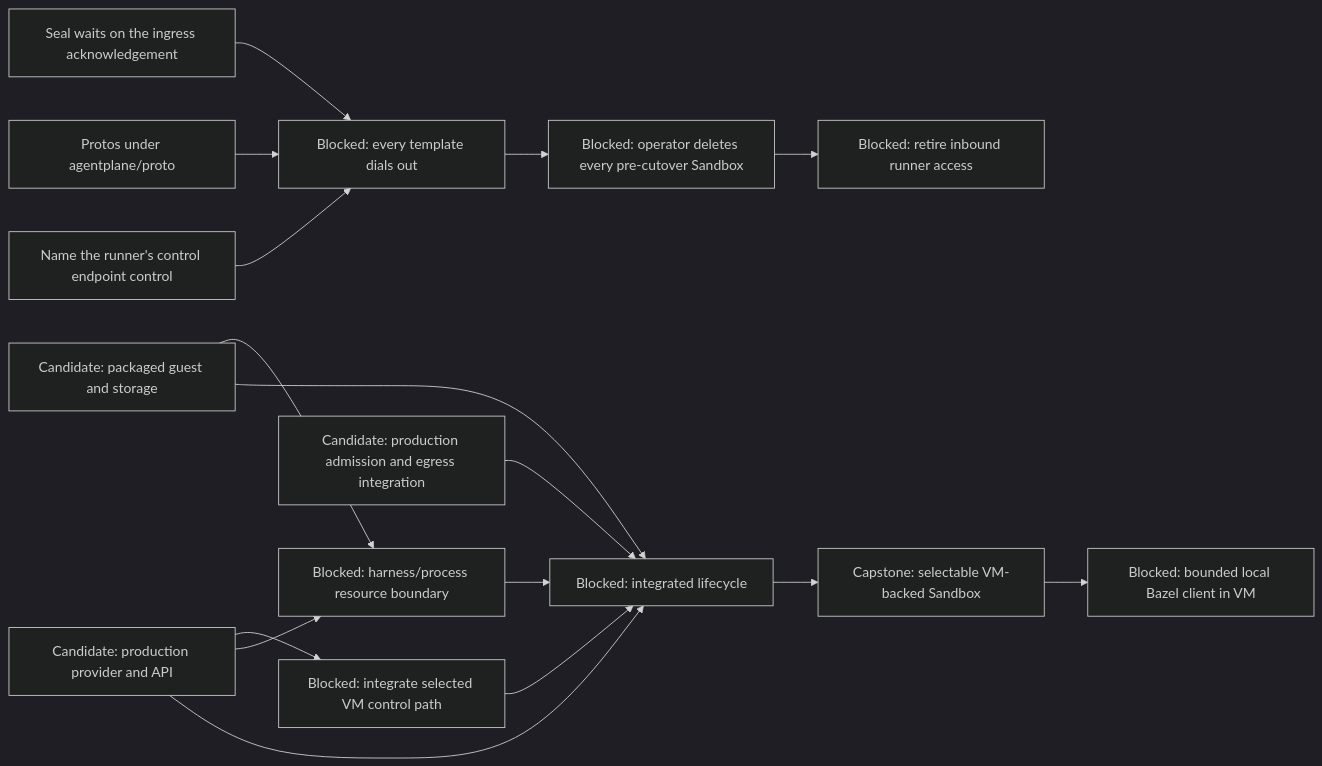
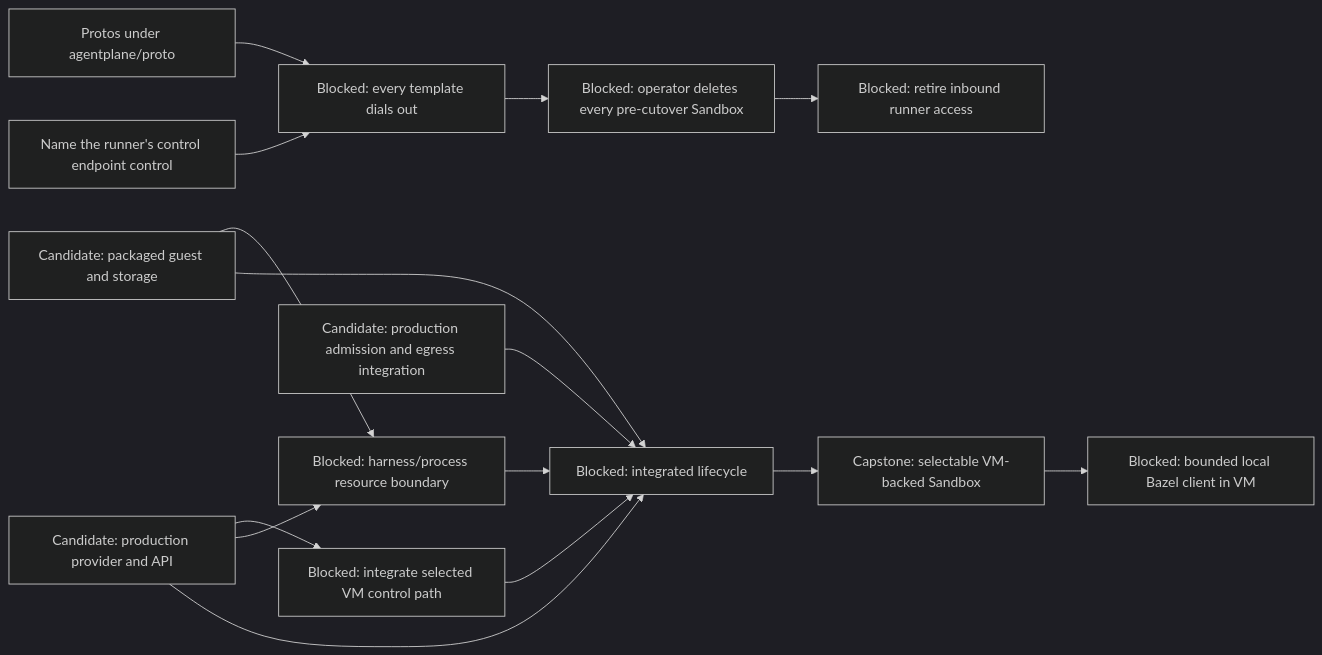
Before and after one commit to agentydragon-agent/ducktape: the sixth of 12 diagrams in agentplane/plans/task_dag.md, drawn with Mermaid (dark theme). The commit also changed other lines of this file and 17 other files, not shown here.

````diff
--- a/agentplane/plans/task_dag.md
+++ b/agentplane/plans/task_dag.md
@@ -323,25 +323,24 @@
 ```mermaid
 flowchart LR
     RUNNER_OUTBOUND_ROLLOUT[Blocked: every template dials out]
     VM_CONTROL_NETWORKING[Blocked: integrate selected VM control path]
     VM_IMAGE[Candidate: packaged guest and storage]
     VM_PROVIDER[Candidate: production provider and API]
     VM_EGRESS[Candidate: production admission and egress integration]
     VM_PROCESS_ISOLATION[Blocked: harness/process resource boundary]
     VM_LIFECYCLE[Blocked: integrated lifecycle]
-    SEAL_ON_INGRESS_ACK[Seal waits on the ingress acknowledgement] --> RUNNER_OUTBOUND_ROLLOUT
     PROTO_DIRECTORY[Protos under agentplane/proto] --> RUNNER_OUTBOUND_ROLLOUT
     RUNNER_CONTROL_RENAME[Name the runner's control endpoint control] --> RUNNER_OUTBOUND_ROLLOUT
     RUNNER_OUTBOUND_ROLLOUT --> LEGACY_SANDBOX_RETIRE[Blocked: operator deletes every pre-cutover Sandbox]
     LEGACY_SANDBOX_RETIRE --> RUNNER_INBOUND_RETIRE[Blocked: retire inbound runner access]
     VM_PROVIDER --> VM_CONTROL_NETWORKING
     VM_CONTROL_NETWORKING --> VM_LIFECYCLE
     VM_IMAGE --> VM_PROCESS_ISOLATION
     VM_PROVIDER --> VM_PROCESS_ISOLATION
     VM_IMAGE --> VM_LIFECYCLE
     VM_PROVIDER --> VM_LIFECYCLE
     VM_EGRESS --> VM_LIFECYCLE
     VM_PROCESS_ISOLATION --> VM_LIFECYCLE
     VM_LIFECYCLE --> SANDBOX_VM_ISOLATION[Capstone: selectable VM-backed Sandbox]
     SANDBOX_VM_ISOLATION --> LOCAL_BAZEL[Blocked: bounded local Bazel client in VM]
 ```
````
